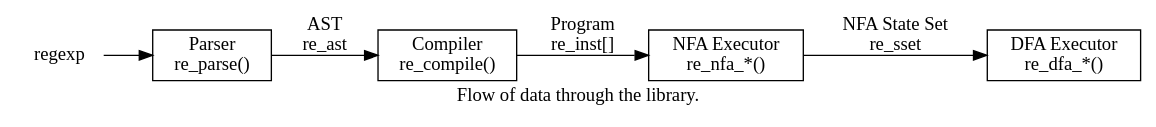
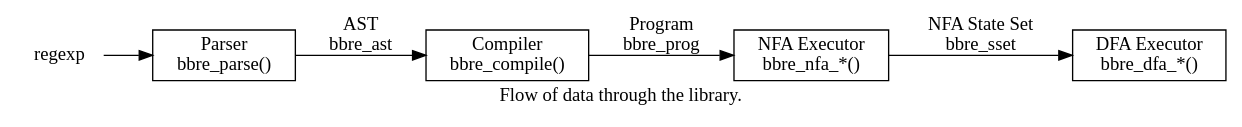
One commit to mnurzia/bbre changed the diagram in docs/internals/Architecture.md. Above: the diagram before and after it, drawn with Graphviz. The commit also changed other lines of this file and 2 other files, not shown here.

````diff
--- a/docs/internals/Architecture.md
+++ b/docs/internals/Architecture.md
@@ -13,15 +13,15 @@
 ```dot
 digraph G {
     label="Flow of data through the library."
     rankdir=LR;
     input[label="regexp",shape=plaintext]
     input -> parser
-    parser[label="Parser\nre_parse()",shape=box]
-    parser -> compiler[label="AST\nre_ast"]
-    compiler[label="Compiler\nre_compile()",shape=box]
-    compiler -> NFA[label="Program\nre_inst[]"]
-    NFA[label="NFA Executor\nre_nfa_*()",shape=box]
-    NFA -> DFA[label="NFA State Set\nre_sset"]
-    DFA[label="DFA Executor\nre_dfa_*()",shape=box]
+    parser[label="Parser\nbbre_parse()",shape=box]
+    parser -> compiler[label="AST\nbbre_ast"]
+    compiler[label="Compiler\nbbre_compile()",shape=box]
+    compiler -> NFA[label="Program\nbbre_prog"]
+    NFA[label="NFA Executor\nbbre_nfa_*()",shape=box]
+    NFA -> DFA[label="NFA State Set\nbbre_sset"]
+    DFA[label="DFA Executor\nbbre_dfa_*()",shape=box]
 }
 ```
````
